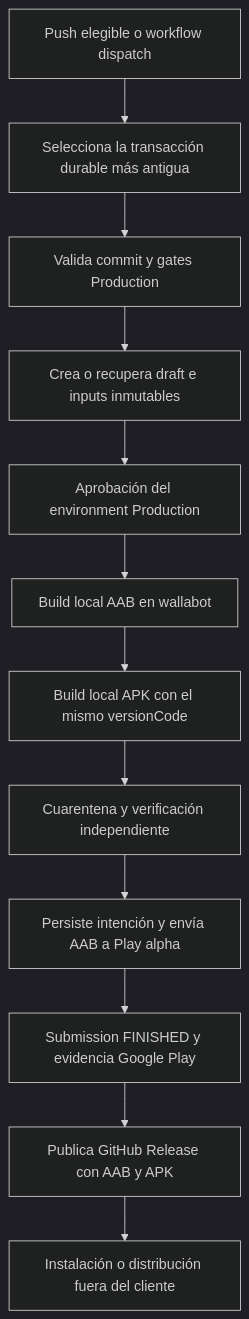
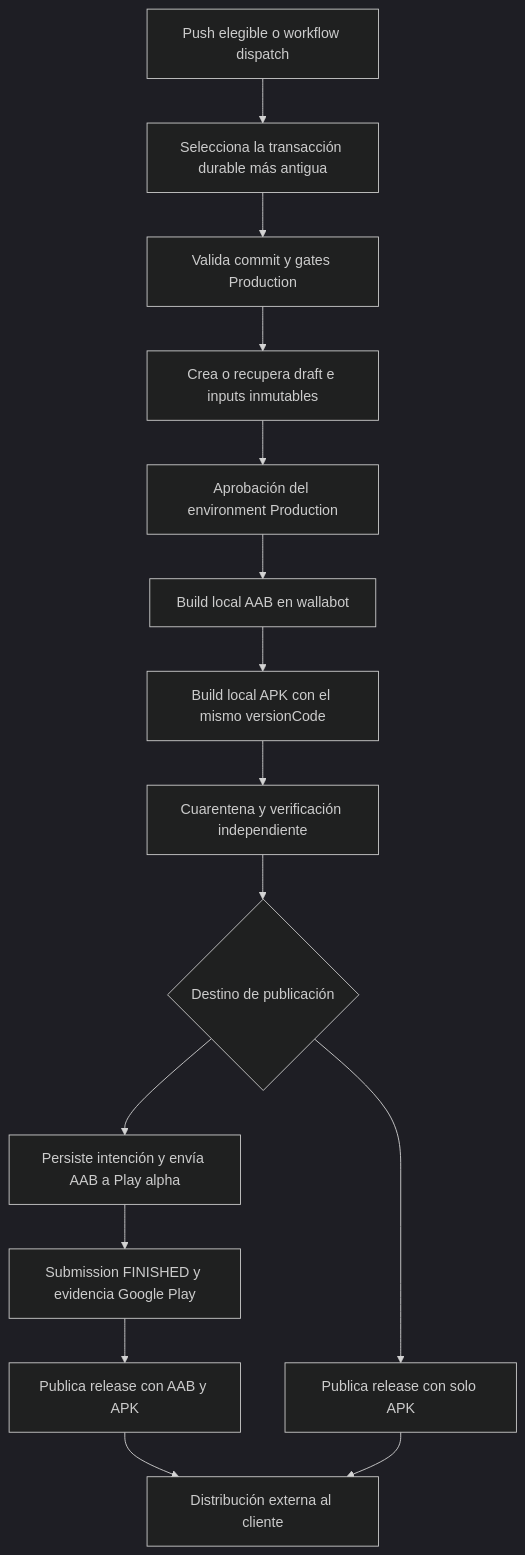
The second of 3 diagrams in openwiki/integrations/vivagym-and-updates.md (maximofn/gymnasia), drawn with Mermaid (dark theme) before and after one commit. The commit also changed other lines of this file and 16 other files, not shown here.

````diff
--- a/openwiki/integrations/vivagym-and-updates.md
+++ b/openwiki/integrations/vivagym-and-updates.md
@@ -115,14 +115,17 @@
 ```mermaid
 flowchart TD
     Trigger["Push elegible o workflow dispatch"] --> Select["Selecciona la transacción durable más antigua"]
     Select --> Source["Valida commit y gates Production"]
     Source --> Draft["Crea o recupera draft e inputs inmutables"]
     Draft --> Approval["Aprobación del environment Production"]
     Approval --> BuildAAB["Build local AAB en wallabot"]
     BuildAAB --> BuildAPK["Build local APK con el mismo versionCode"]
     BuildAPK --> Quarantine["Cuarentena y verificación independiente"]
-    Quarantine --> PlayIntent["Persiste intención y envía AAB a Play alpha"]
+    Quarantine --> Target{"Destino de publicación"}
+    Target --> PlayIntent["Persiste intención y envía AAB a Play alpha"]
     PlayIntent --> PlayDone["Submission FINISHED y evidencia Google Play"]
-    PlayDone --> Publish["Publica GitHub Release con AAB y APK"]
-    Publish --> External["Instalación o distribución fuera del cliente"]
+    PlayDone --> PlayRelease["Publica release con AAB y APK"]
+    Target --> ApkRelease["Publica release con solo APK"]
+    PlayRelease --> External["Distribución externa al cliente"]
+    ApkRelease --> External
 ```
````
